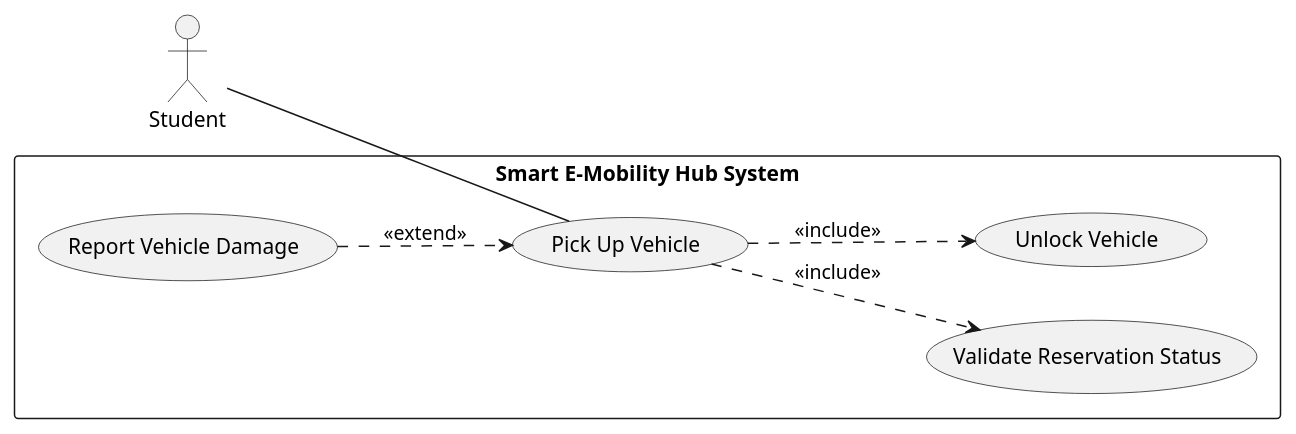
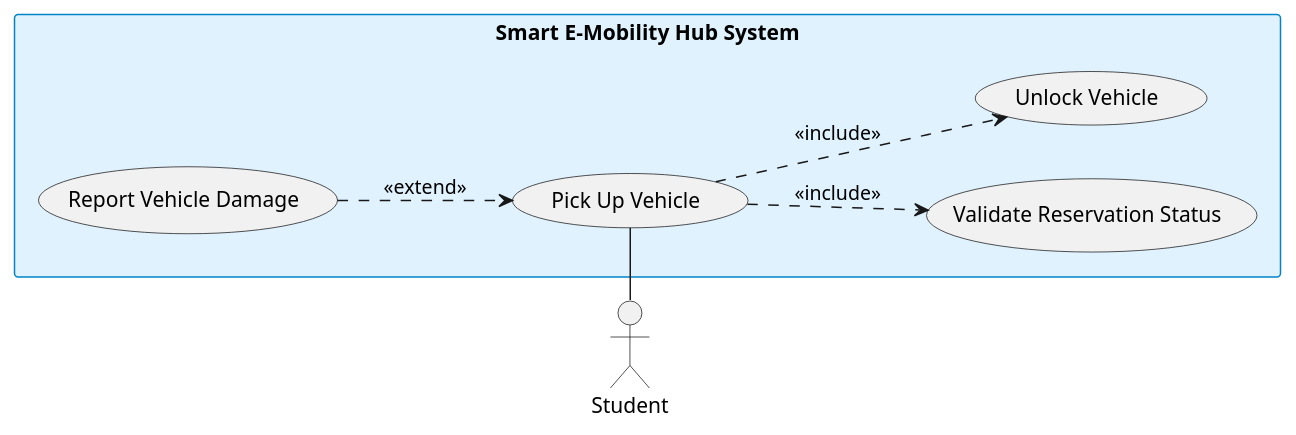
Before and after one commit to YdtTran/software-engineerning: the ninth of 30 diagrams in 01_Diagram/01_Usecase_Diagram/PLANTUML_ALL.md, drawn with PlantUML. The commit also changed other lines of this file and 217 other files, not shown here.

````diff
--- a/01_Diagram/01_Usecase_Diagram/PLANTUML_ALL.md
+++ b/01_Diagram/01_Usecase_Diagram/PLANTUML_ALL.md
@@ -203,22 +191,19 @@
 ```plantuml
 @startuml
 left to right direction
-skinparam packageStyle rectangle
 skinparam shadowing false
-
-actor "Student" as Student
-
+skinparam rectangleBackgroundColor #e0f2fe
+skinparam rectangleBorderColor #0284c7
+actor "Student" as actor_left
 rectangle "Smart E-Mobility Hub System" {
-    usecase "Pick Up Vehicle" as UC_PickUp
-    usecase "Validate Reservation Status" as UC_Validate
-    usecase "Unlock Vehicle" as UC_Unlock
-    usecase "Report Vehicle Damage" as UC_Damage
-
-    UC_PickUp ..> UC_Validate : <<include>>
-    UC_PickUp ..> UC_Unlock : <<include>>
-    UC_Damage ..> UC_PickUp : <<extend>>
+  usecase "Pick Up Vehicle" as uc_base
+  usecase "Report Vehicle Damage" as uc_ext
+  usecase "Validate Reservation Status" as uc_inc1
+  usecase "Unlock Vehicle" as uc_inc2
 }
-
-Student -- UC_PickUp
+actor_left -right- uc_base
+uc_ext ..> uc_base : <<extend>>
+uc_base ..> uc_inc1 : <<include>>
+uc_base ..> uc_inc2 : <<include>>
 @enduml
 ```
````
